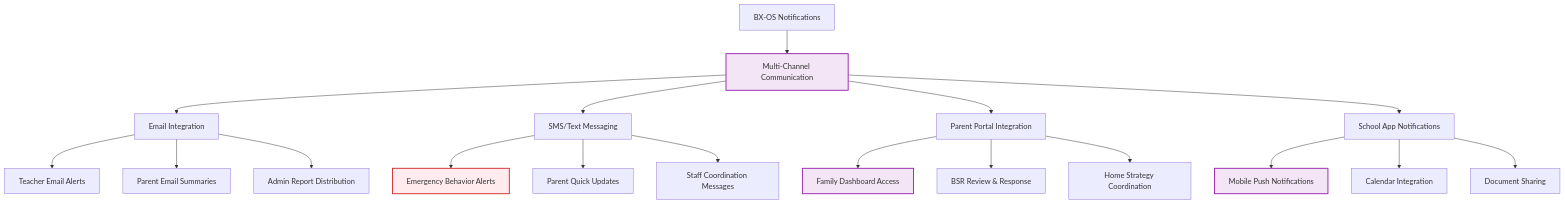
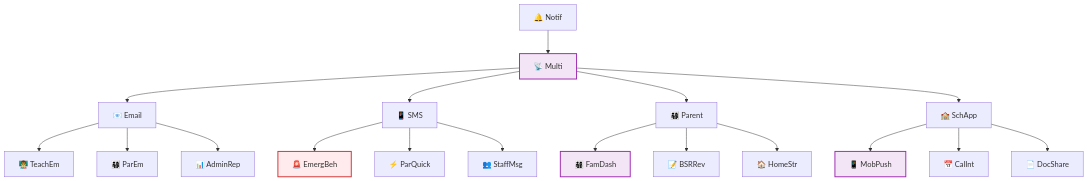
One commit to Splurfa/bx-os changed the second of 6 diagrams in docs/flowcharts/Future-Vision/11-system-integration-architecture.md. Above: the diagram before and after it, drawn with Mermaid. The commit also changed other lines of this file and 4 other files, not shown here.

Commit message:
Fix all flowchart text cutoff

````diff
--- a/docs/flowcharts/Future-Vision/11-system-integration-architecture.md
+++ b/docs/flowcharts/Future-Vision/11-system-integration-architecture.md
@@ -38,29 +57,29 @@
 ```mermaid
 flowchart TD
-    A[BX-OS Notifications] --> B[Multi-Channel Communication]
-    B --> C[Email Integration]
-    B --> D[SMS/Text Messaging]
-    B --> E[Parent Portal Integration]
-    B --> F[School App Notifications]
+    A[🔔 Notif] --> B[📡 Multi]
+    B --> C[📧 Email]
+    B --> D[📱 SMS]
+    B --> E[👨‍👩‍👧‍👦 Parent]
+    B --> F[🏫 SchApp]
     
-    C --> G[Teacher Email Alerts]
-    C --> H[Parent Email Summaries]
-    C --> I[Admin Report Distribution]
+    C --> G[👨‍🏫 TeachEm]
+    C --> H[👨‍👩‍👧‍👦 ParEm]
+    C --> I[📊 AdminRep]
     
-    D --> J[Emergency Behavior Alerts]
-    D --> K[Parent Quick Updates]
-    D --> L[Staff Coordination Messages]
+    D --> J[🚨 EmergBeh]
+    D --> K[⚡ ParQuick]
+    D --> L[👥 StaffMsg]
     
-    E --> M[Family Dashboard Access]
-    E --> N[BSR Review & Response]
-    E --> O[Home Strategy Coordination]
+    E --> M[👨‍👩‍👧‍👦 FamDash]
+    E --> N[📝 BSRRev]
+    E --> O[🏠 HomeStr]
     
-    F --> P[Mobile Push Notifications]
-    F --> Q[Calendar Integration]
-    F --> R[Document Sharing]
+    F --> P[📱 MobPush]
+    F --> Q[📅 CalInt]
+    F --> R[📄 DocShare]
     
     style B fill:#f3e5f5,stroke:#9c27b0,stroke-width:2px
     style J fill:#ffebee,stroke:#d32f2f,stroke-width:2px
     style M fill:#f3e5f5,stroke:#9c27b0,stroke-width:2px
     style P fill:#f3e5f5,stroke:#9c27b0,stroke-width:2px
 ```
````
